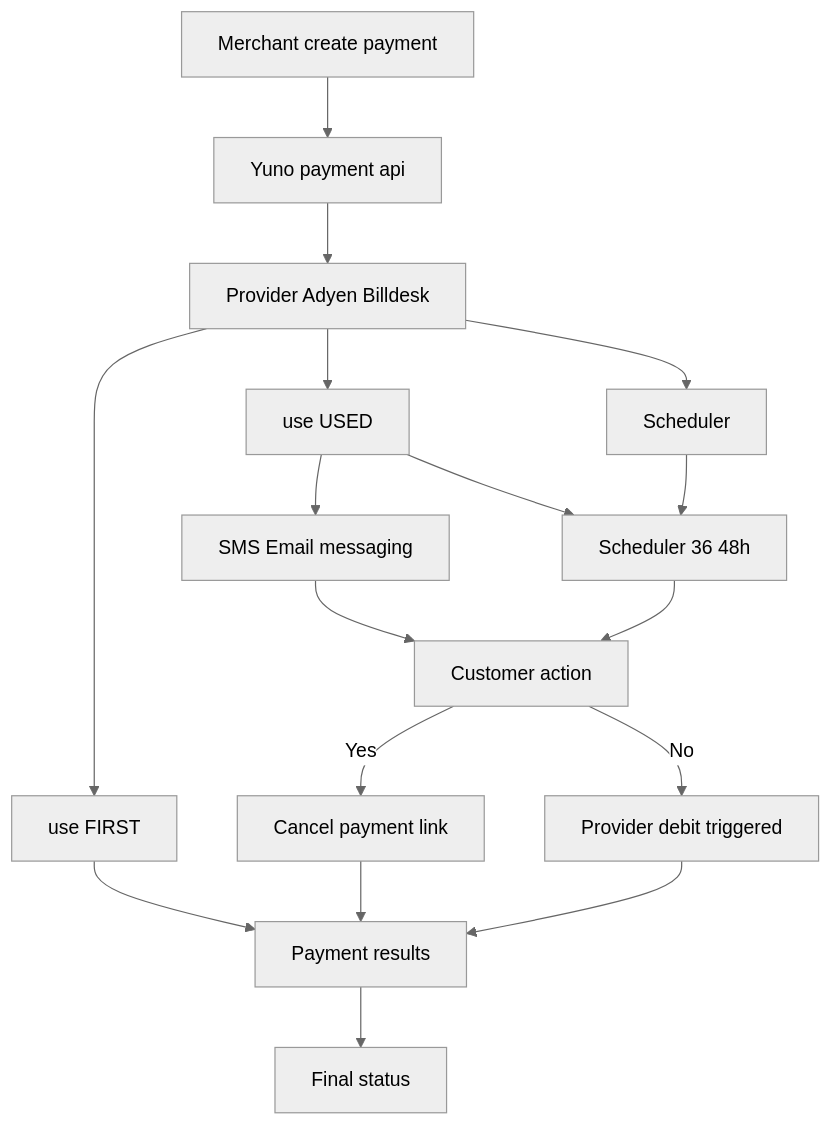
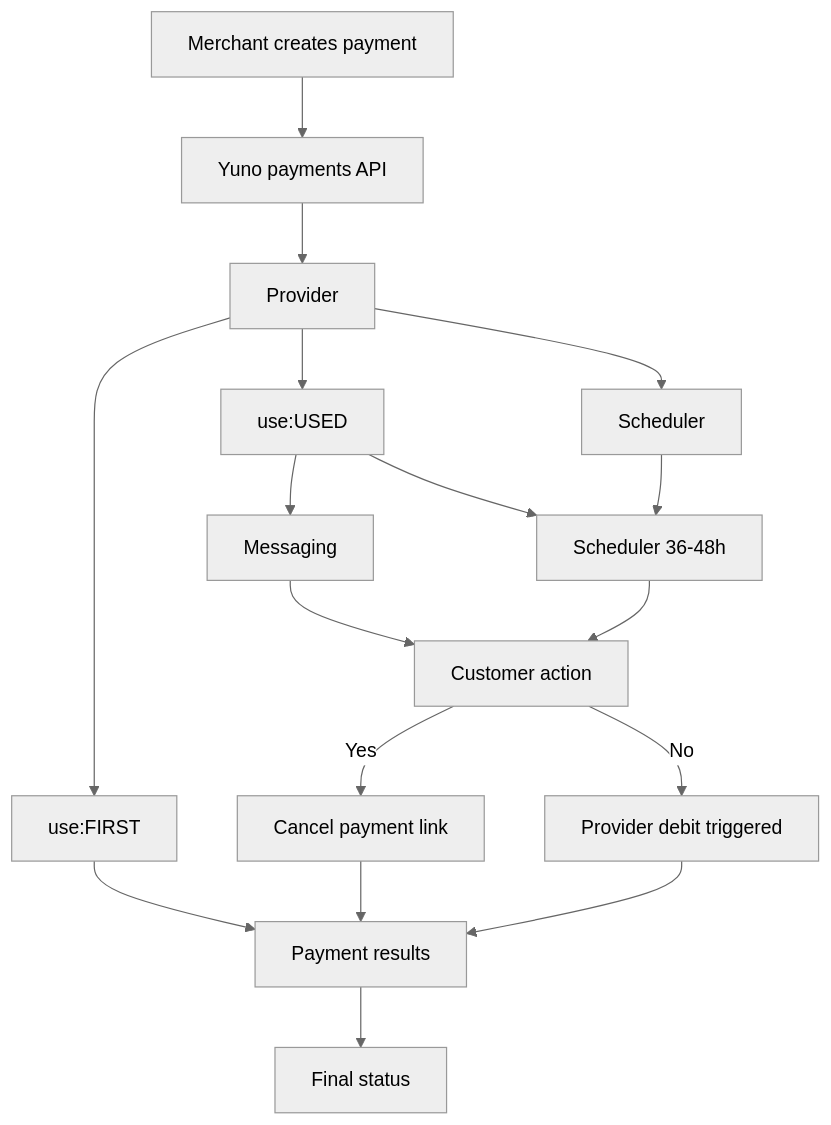
Before and after one commit to yuno-payments/yuno-docs: the diagram in docs/Additional Services/upi-autopay.md, drawn with Mermaid (neutral theme).

Commit message:
Update doc `upi-autopay`

````diff
--- a/docs/Additional Services/upi-autopay.md
+++ b/docs/Additional Services/upi-autopay.md
@@ -16,29 +16,29 @@
 ```mermaid
 flowchart TB
-  A[Merchant create payment]
-  B[Yuno payment api]
-  C[Provider Adyen Billdesk]
+  A[Merchant creates payment]
+  B[Yuno payments API]
+  C[Provider]
 
   A --> B --> C
 
-  C --> D[use FIRST]
-  C --> E[use USED]
+  C --> D[use:FIRST]
+  C --> E[use:USED]
   C --> F[Scheduler]
 
   D --> R[Payment results]
 
-  E --> M[SMS Email messaging]
-  E --> S[Scheduler 36 48h]
+  E --> M[Messaging]
+  E --> S[Scheduler 36-48h]
   F --> S
 
   M --> CA[Customer action]
   S --> CA
 
   CA -->|Yes| CL[Cancel payment link]
   CA -->|No| PD[Provider debit triggered]
 
   CL --> R
   PD --> R
 
   R --> FS[Final status]
 ```
````
